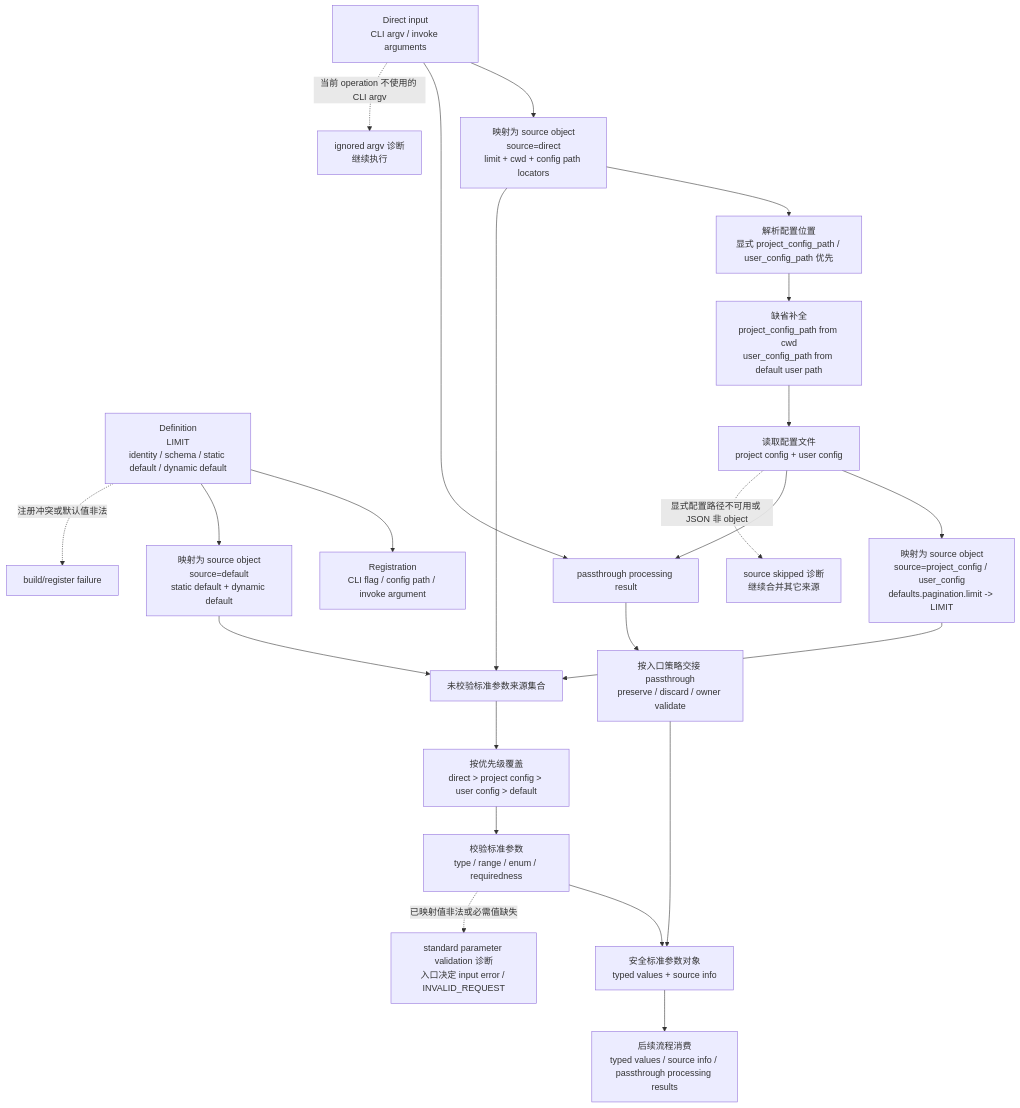
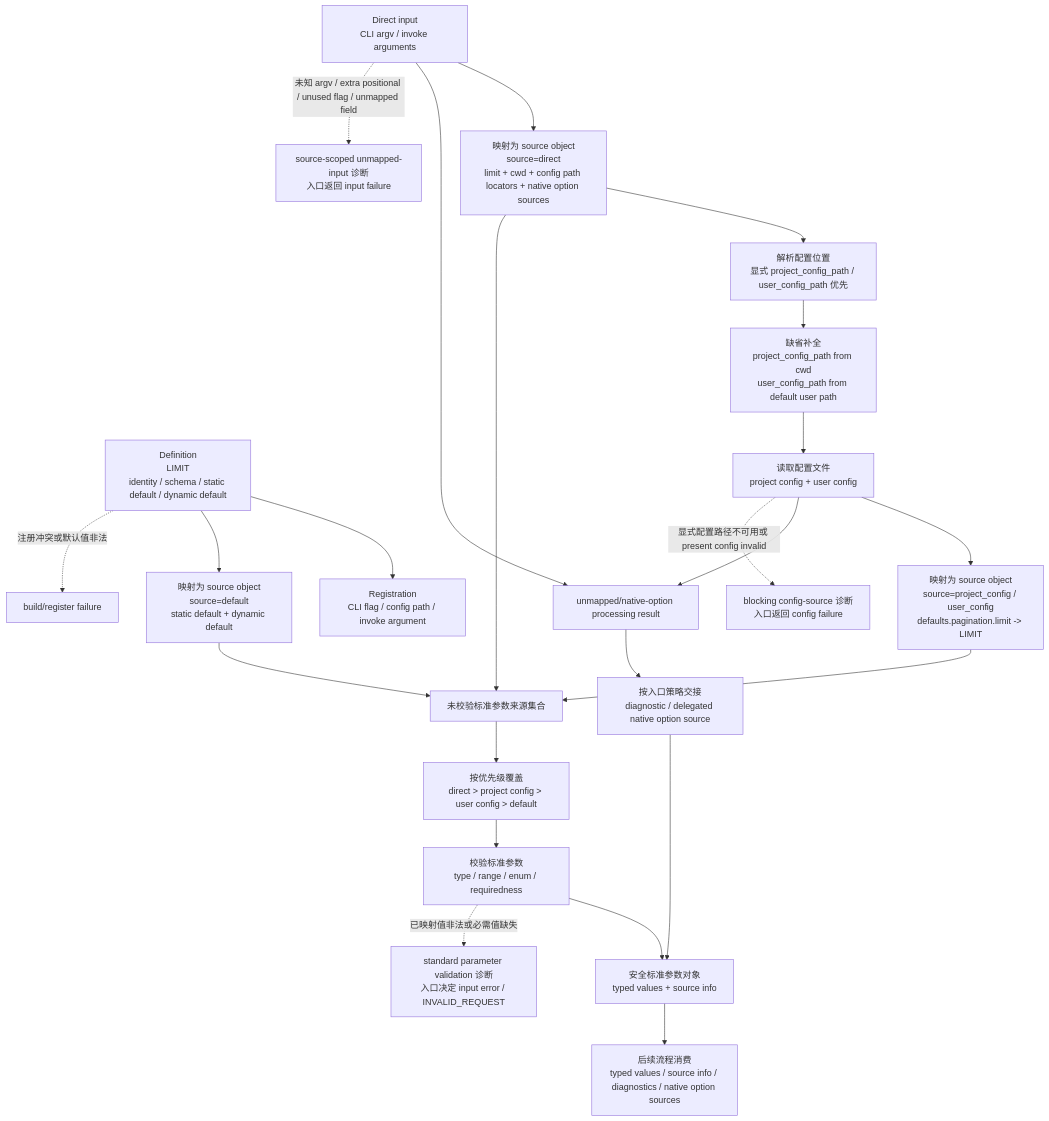
One commit to zxyycom/docnav changed the diagram in docs/standard-parameters.md. Above: the diagram before and after it, drawn with Mermaid. The commit also changed other lines of this file and 172 other files, not shown here.

````diff
--- a/docs/standard-parameters.md
+++ b/docs/standard-parameters.md
@@ -36,31 +36,31 @@
 ```mermaid
 flowchart TD
   A["Definition<br/>LIMIT<br/>identity / schema / static default / dynamic default"] --> B["Registration<br/>CLI flag / config path / invoke argument"]
 
-  C["Direct input<br/>CLI argv / invoke arguments"] --> D["映射为 source object<br/>source=direct<br/>limit + cwd + config path locators"]
+  C["Direct input<br/>CLI argv / invoke arguments"] --> D["映射为 source object<br/>source=direct<br/>limit + cwd + config path locators + native option sources"]
   D --> E["解析配置位置<br/>显式 project_config_path / user_config_path 优先"]
   E --> F["缺省补全<br/>project_config_path from cwd<br/>user_config_path from default user path"]
   F --> G["读取配置文件<br/>project config + user config"]
   G --> H["映射为 source object<br/>source=project_config / user_config<br/>defaults.pagination.limit -> LIMIT"]
 
   A --> I["映射为 source object<br/>source=default<br/>static default + dynamic default"]
 
   D --> J["未校验标准参数来源集合"]
   H --> J
   I --> J
   J --> K["按优先级覆盖<br/>direct > project config > user config > default"]
   K --> L["校验标准参数<br/>type / range / enum / requiredness"]
   L --> M["安全标准参数对象<br/>typed values + source info"]
 
-  C --> N["passthrough processing result"]
+  C --> N["unmapped/native-option processing result"]
   G --> N
-  N --> O["按入口策略交接 passthrough<br/>preserve / discard / owner validate"]
+  N --> O["按入口策略交接<br/>diagnostic / delegated native option source"]
   O --> M
 
-  M --> P["后续流程消费<br/>typed values / source info / passthrough processing results"]
+  M --> P["后续流程消费<br/>typed values / source info / diagnostics / native option sources"]
 
   A -. "注册冲突或默认值非法" .-> X1["build/register failure"]
-  G -. "显式配置路径不可用或 JSON 非 object" .-> X2["source skipped 诊断<br/>继续合并其它来源"]
-  C -. "当前 operation 不使用的 CLI argv" .-> X3["ignored argv 诊断<br/>继续执行"]
+  G -. "显式配置路径不可用或 present config invalid" .-> X2["blocking config-source 诊断<br/>入口返回 config failure"]
+  C -. "未知 argv / extra positional / unused flag / unmapped field" .-> X3["source-scoped unmapped-input 诊断<br/>入口返回 input failure"]
   L -. "已映射值非法或必需值缺失" .-> X4["standard parameter validation 诊断<br/>入口决定 input error / INVALID_REQUEST"]
 ```
````
